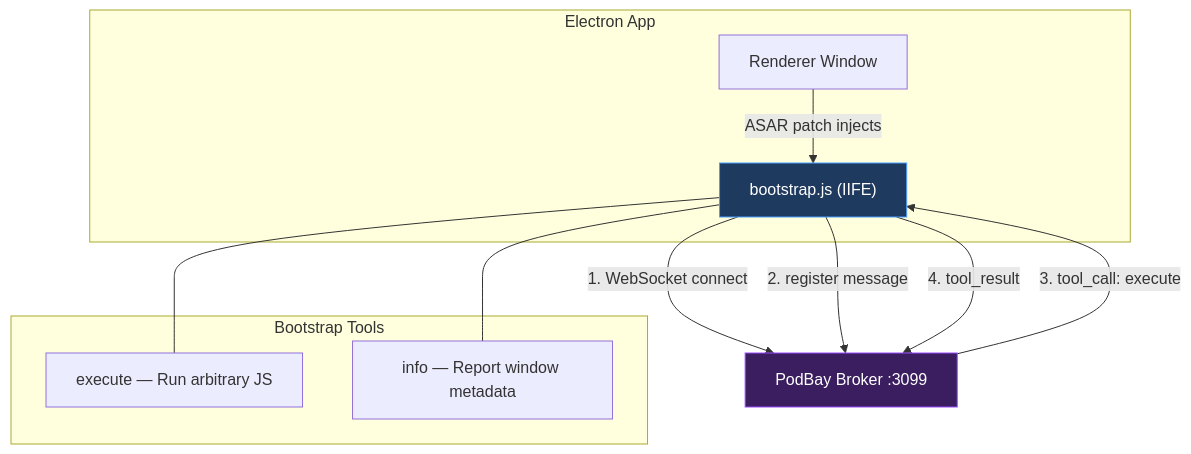
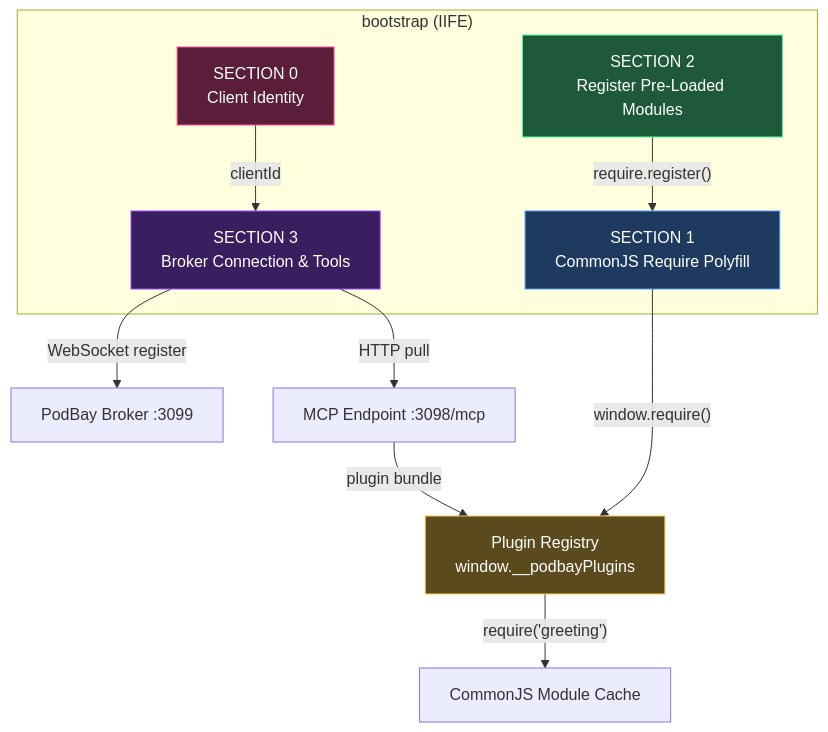
The first of 9 diagrams in lib/docs/bootstrap.md (jerroldneal/podbay), drawn with Mermaid before and after one commit. The commit also changed other lines of this file and 110 other files, not shown here.

````diff
--- a/lib/docs/bootstrap.md
+++ b/lib/docs/bootstrap.md
@@ -16,22 +21,23 @@
 ```mermaid
 flowchart TD
-    subgraph "Electron App"
-        A[Renderer Window] -->|ASAR patch injects| B["bootstrap.js (IIFE)"]
+    subgraph "bootstrap (IIFE)"
+        S0["SECTION 0<br/>Client Identity"]
+        S1["SECTION 1<br/>CommonJS Require Polyfill"]
+        S2["SECTION 2<br/>Register Pre-Loaded Modules"]
+        S3["SECTION 3<br/>Broker Connection & Tools"]
     end
 
-    B -->|1. WebSocket connect| C[PodBay Broker :3099]
-    B -->|2. register message| C
-    C -->|3. tool_call: execute| B
-    B -->|4. tool_result| C
+    S0 -->|"clientId"| S3
+    S1 -->|"window.require()"| REG["Plugin Registry<br/>window.__podbayPlugins"]
+    S2 -->|"require.register()"| S1
+    S3 -->|"WebSocket register"| BROKER["PodBay Broker :3099"]
+    S3 -->|"HTTP pull"| MCP["MCP Endpoint :3098/mcp"]
+    MCP -->|"plugin bundle"| REG
+    REG -->|"require('greeting')"| MOD["CommonJS Module Cache"]
 
-    subgraph "Bootstrap Tools"
-        T1["execute — Run arbitrary JS"]
-        T2["info — Report window metadata"]
-    end
-
-    B --- T1
-    B --- T2
-
-    style B fill:#1e3a5f,stroke:#4a9eff,color:#fff
-    style C fill:#3a1e5f,stroke:#9a4aff,color:#fff
+    style S0 fill:#5a1e3a,stroke:#ff4a9a,color:#fff
+    style S1 fill:#1e3a5f,stroke:#4a9eff,color:#fff
+    style S2 fill:#1e5a3a,stroke:#4aff9e,color:#fff
+    style S3 fill:#3a1e5f,stroke:#9a4aff,color:#fff
+    style REG fill:#5a4a1e,stroke:#ffcc4a,color:#fff
 ```
````
